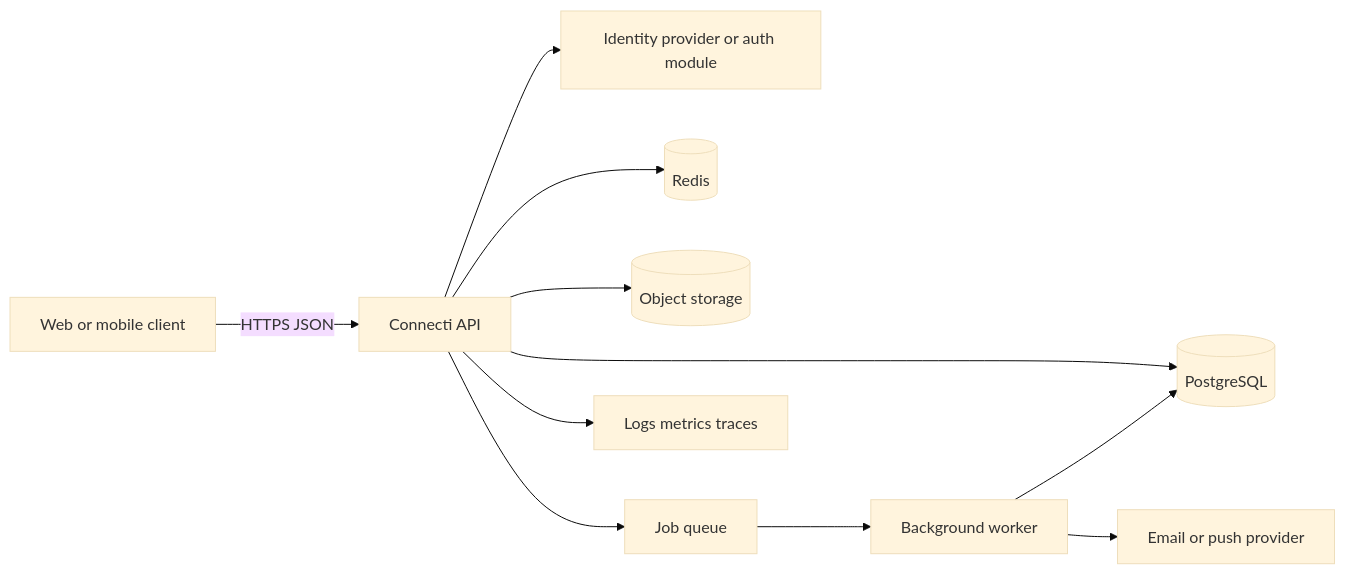
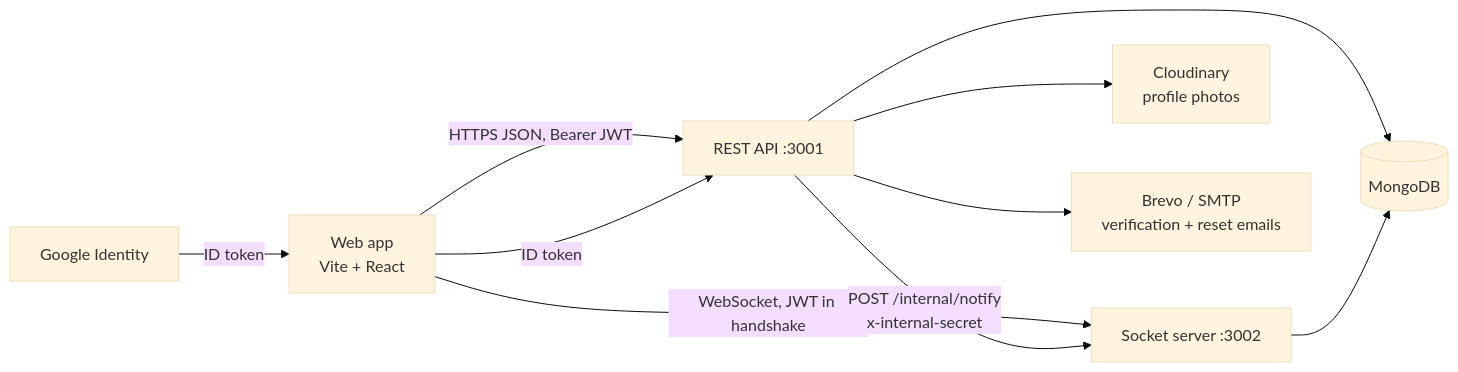
One commit to MojolaoluwaGafar/Connectify changed the first of 2 diagrams in docs/architecture/backend.md. Above: the diagram before and after it, drawn with Mermaid (base theme). The commit also changed other lines of this file and 21 other files, not shown here.

````diff
--- a/docs/architecture/backend.md
+++ b/docs/architecture/backend.md
@@ -85,13 +64,12 @@
 ```mermaid
 flowchart LR
-    Client[Web or mobile client] -->|HTTPS JSON| API[Connecti API]
-    API --> Auth[Identity provider or auth module]
-    API --> DB[(PostgreSQL)]
-    API --> Cache[(Redis)]
-    API --> Files[(Object storage)]
-    API --> Queue[Job queue]
-    Queue --> Worker[Background worker]
-    Worker --> DB
-    Worker --> Notify[Email or push provider]
-    API --> Obs[Logs metrics traces]
+    Web[Web app<br/>Vite + React] -->|HTTPS JSON, Bearer JWT| API[REST API :3001]
+    Web -->|WebSocket, JWT in handshake| Sock[Socket server :3002]
+    API --> DB[(MongoDB)]
+    Sock --> DB
+    API --> Cloud[Cloudinary<br/>profile photos]
+    API --> Mail[Brevo / SMTP<br/>verification + reset emails]
+    API -->|POST /internal/notify<br/>x-internal-secret| Sock
+    Google[Google Identity] -->|ID token| Web
+    Web -->|ID token| API
 ```
````
